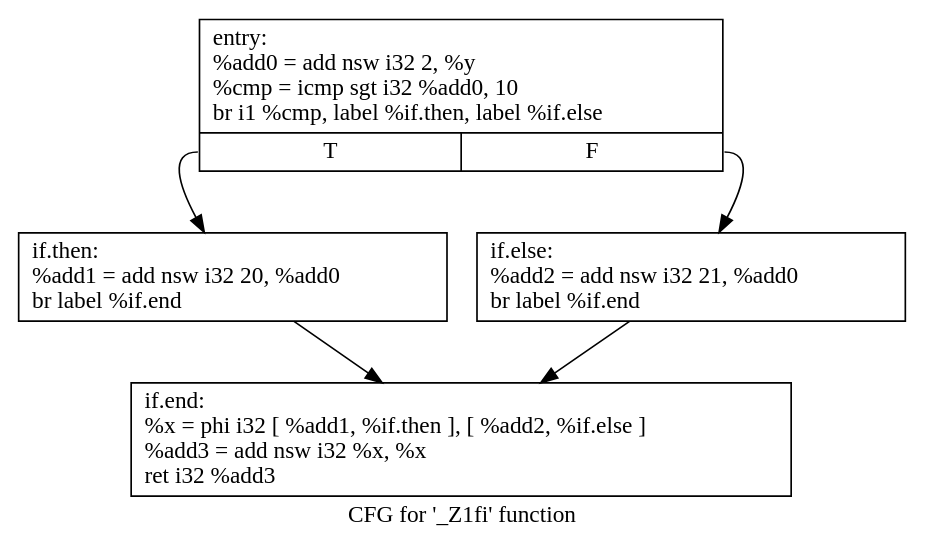
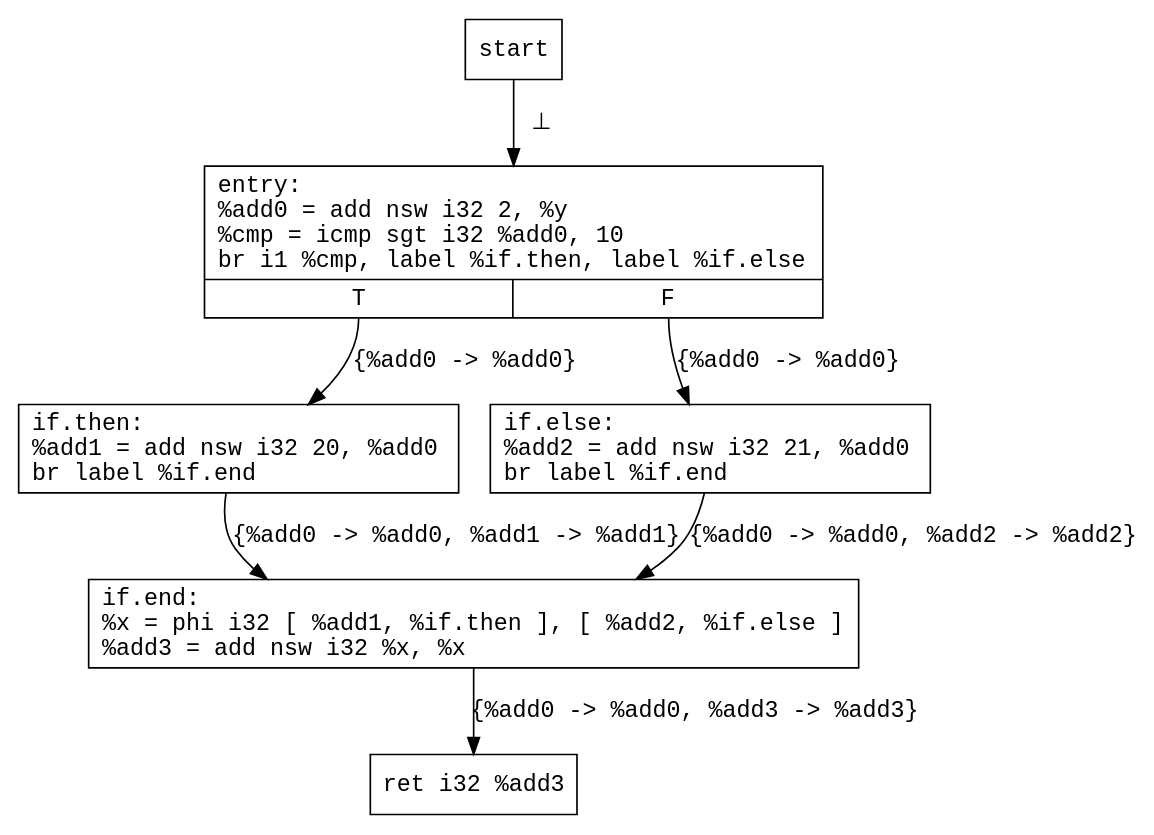
Before and after one commit to ZheWang711/cse231-1: the diagram in report/figures/cse/branch/no-do.dot, drawn with Graphviz. The commit also changed 4 other files, not shown here.

```diff
--- a/report/figures/cse/branch/no-do.dot
+++ b/report/figures/cse/branch/no-do.dot
@@ -1,12 +1,27 @@
-digraph "CFG for '_Z1fi' function" {
-	label="CFG for '_Z1fi' function";
+digraph noDoCSEBranch {
+	node [shape=record,fontname="Courier"];
+	edge [fontname="Courier"];
 
+	start;
 	Node0x3a718b0 [shape=record,label="{entry:\l  %add0 = add nsw i32 2, %y\l  %cmp = icmp sgt i32 %add0, 10\l  br i1 %cmp, label %if.then, label %if.else\l|{<s0>T|<s1>F}}"];
-	Node0x3a718b0:s0 -> Node0x3a71910;
-	Node0x3a718b0:s1 -> Node0x3a71970;
+
+	start -> Node0x3a718b0[label="  &#8869;"];
+	
+	
+	Node0x3a718b0:s0 -> Node0x3a71910[label="{%add0 -> %add0}"];
+	Node0x3a718b0:s1 -> Node0x3a71970[label="{%add0 -> %add0}"];
+	
 	Node0x3a71910 [shape=record,label="{if.then:                                          \l  %add1 = add nsw i32 20, %add0\l  br label %if.end\l}"];
-	Node0x3a71910 -> Node0x3a719d0;
+	
+	Node0x3a71910 -> Node0x3a719d0[label="{%add0 -> %add0, %add1 -> %add1}"];
+	
 	Node0x3a71970 [shape=record,label="{if.else:                                          \l  %add2 = add nsw i32 21, %add0\l  br label %if.end\l}"];
-	Node0x3a71970 -> Node0x3a719d0;
-	Node0x3a719d0 [shape=record,label="{if.end:                                           \l  %x = phi i32 [ %add1, %if.then ], [ %add2, %if.else ]\l  %add3 = add nsw i32 %x, %x\l  ret i32 %add3\l}"];
+	
+	Node0x3a71970 -> Node0x3a719d0[label="{%add0 -> %add0, %add2 -> %add2}"];
+	
+	Node0x3a719d0 [shape=record,label="{if.end:                                           \l  %x = phi i32 [ %add1, %if.then ], [ %add2, %if.else ]\l  %add3 = add nsw i32 %x, %x\l}"];
+
+	end[label="ret i32 %add3"];
+	Node0x3a719d0 -> end[label="{%add0 -> %add0, %add3 -> %add3}"];
+	
 }
```
